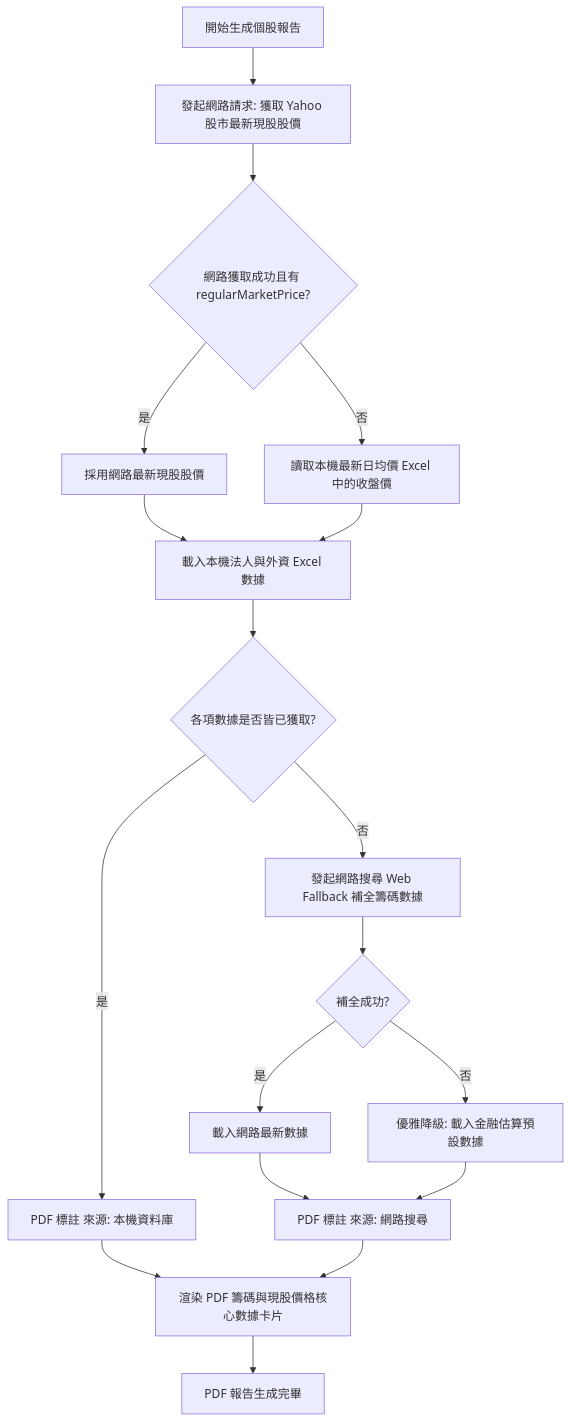
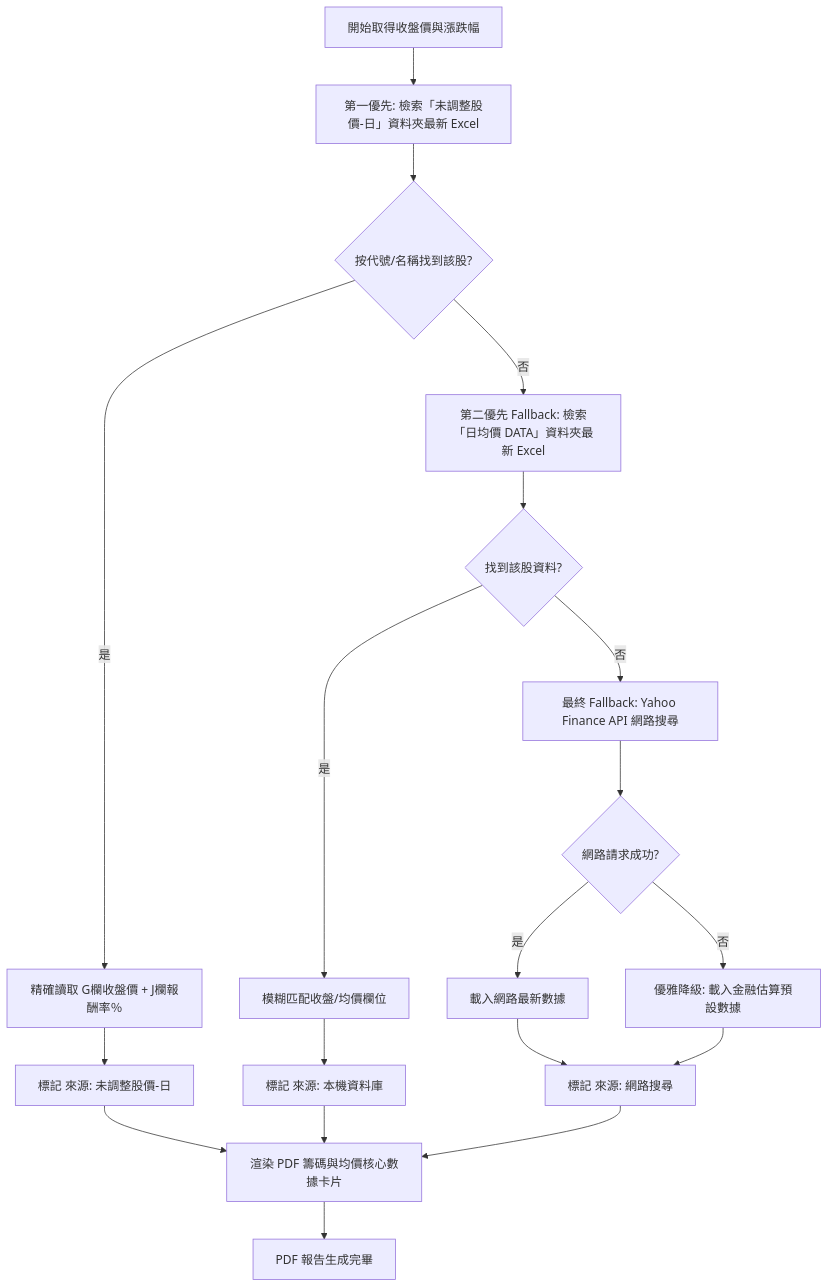
Before and after one commit to kkla1016/w-insight: the tenth of 13 diagrams in spec.md, drawn with Mermaid. The commit also changed other lines of this file and 15 other files, not shown here.

````diff
--- a/spec.md
+++ b/spec.md
@@ -309,20 +313,21 @@
 ```mermaid
 flowchart TD
-    A[開始生成個股報告] --> B[發起網路請求: 獲取 Yahoo 股市最新現股股價]
-    B --> C{網路獲取成功且有 regularMarketPrice?}
-    C -->|是| D[採用網路最新現股股價]
-    C -->|否| E[讀取本機最新日均價 Excel 中的收盤價]
-    D --> F[載入本機法人與外資 Excel 數據]
-    E --> F
-    F --> G{各項數據是否皆已獲取?}
-    G -->|是| H[PDF 標註 來源: 本機資料庫]
-    G -->|否| I[發起網路搜尋 Web Fallback 補全籌碼數據]
-    I --> J{補全成功?}
-    J -->|是| K[載入網路最新數據]
-    J -->|否| L[優雅降級: 載入金融估算預設數據]
-    K --> M[PDF 標註 來源: 網路搜尋]
-    L --> M
-    H --> N[渲染 PDF 籌碼與現股價格核心數據卡片]
+    A[開始取得收盤價與漲跌幅] --> B[第一優先: 檢索「未調整股價-日」資料夾最新 Excel]
+    B --> C{按代號/名稱找到該股?}
+    C -->|是| D[精確讀取 G欄收盤價 + J欄報酬率％]
+    D --> E[標記 來源: 未調整股價-日]
+    C -->|否| F[第二優先 Fallback: 檢索「日均價 DATA」資料夾最新 Excel]
+    F --> G{找到該股資料?}
+    G -->|是| H[模糊匹配收盤/均價欄位]
+    H --> I[標記 來源: 本機資料庫]
+    G -->|否| J[最終 Fallback: Yahoo Finance API 網路搜尋]
+    J --> K{網路請求成功?}
+    K -->|是| L[載入網路最新數據]
+    K -->|否| M[優雅降級: 載入金融估算預設數據]
+    L --> N[標記 來源: 網路搜尋]
     M --> N
-    N --> O[PDF 報告生成完畢]
+    E --> O[渲染 PDF 籌碼與均價核心數據卡片]
+    I --> O
+    N --> O
+    O --> P[PDF 報告生成完畢]
 ```
````
